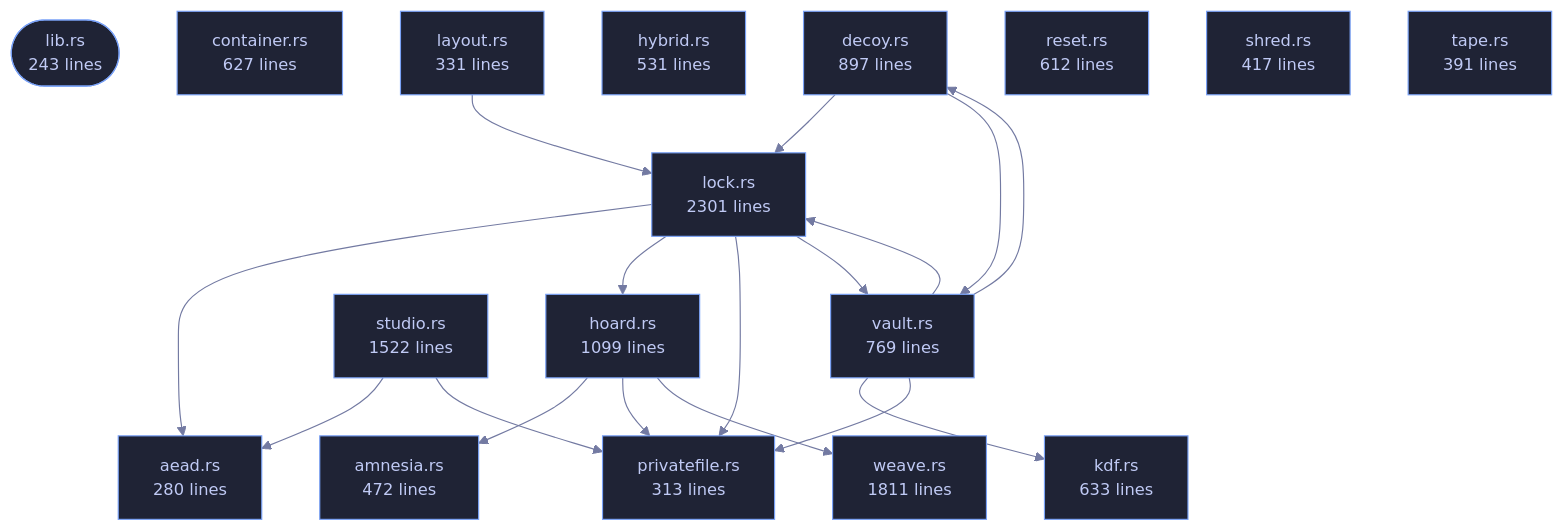
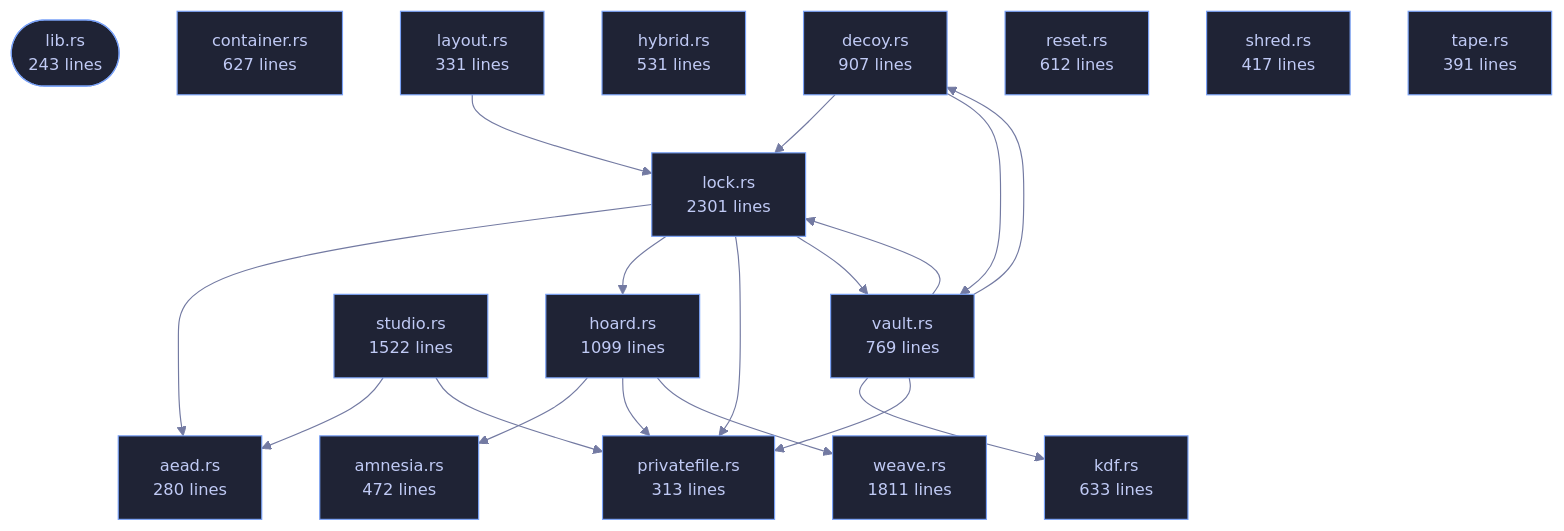
One commit to tilas01/veilvoice changed the diagram in crates/veilvoice-crypto/README.md. Above: the diagram before and after it, drawn with Mermaid. The commit also changed other lines of this file and 48 other files, not shown here.

````diff
--- a/crates/veilvoice-crypto/README.md
+++ b/crates/veilvoice-crypto/README.md
@@ -108,54 +108,54 @@
 ```mermaid
 %%{init: {"theme":"base","themeVariables":{"background":"#1a1b26","primaryColor":"#1f2335","primaryTextColor":"#c0caf5","primaryBorderColor":"#7aa2f7","secondaryColor":"#16161e","tertiaryColor":"#16161e","lineColor":"#737aa2","textColor":"#c0caf5","mainBkg":"#1f2335","nodeBorder":"#7aa2f7","clusterBkg":"#16161e","clusterBorder":"#2f3549","fontFamily":"ui-monospace, SFMono-Regular, Consolas, monospace","fontSize":"14px"}}}%%
 flowchart TD
     n_lib(["lib.rs<br/>243 lines"])
     n_aead["aead.rs<br/>280 lines"]
     n_amnesia["amnesia.rs<br/>472 lines"]
     n_container["container.rs<br/>627 lines"]
-    n_decoy["decoy.rs<br/>897 lines"]
+    n_decoy["decoy.rs<br/>907 lines"]
     n_hoard["hoard.rs<br/>1099 lines"]
     n_hybrid["hybrid.rs<br/>531 lines"]
     n_kdf["kdf.rs<br/>633 lines"]
     n_layout["layout.rs<br/>331 lines"]
     n_lock["lock.rs<br/>2301 lines"]
     n_privatefile["privatefile.rs<br/>313 lines"]
     n_reset["reset.rs<br/>612 lines"]
     n_shred["shred.rs<br/>417 lines"]
     n_studio["studio.rs<br/>1522 lines"]
     n_tape["tape.rs<br/>391 lines"]
     n_vault["vault.rs<br/>769 lines"]
     n_weave["weave.rs<br/>1811 lines"]
     n_decoy --> n_lock
     n_decoy --> n_vault
     n_hoard --> n_amnesia
     n_hoard --> n_privatefile
     n_hoard --> n_weave
     n_layout --> n_lock
     n_lock --> n_aead
     n_lock --> n_hoard
     n_lock --> n_privatefile
     n_lock --> n_vault
     n_studio --> n_aead
     n_studio --> n_privatefile
     n_vault --> n_decoy
     n_vault --> n_kdf
     n_vault --> n_lock
     n_vault --> n_privatefile
     click n_lib href "https://github.com/tilas01/veilvoice/blob/main/crates/veilvoice-crypto/src/lib.rs" "open the source"
     click n_aead href "https://github.com/tilas01/veilvoice/blob/main/crates/veilvoice-crypto/src/aead.rs" "open the source"
     click n_amnesia href "https://github.com/tilas01/veilvoice/blob/main/crates/veilvoice-crypto/src/amnesia.rs" "open the source"
     click n_container href "https://github.com/tilas01/veilvoice/blob/main/crates/veilvoice-crypto/src/container.rs" "open the source"
     click n_decoy href "https://github.com/tilas01/veilvoice/blob/main/crates/veilvoice-crypto/src/decoy.rs" "open the source"
     click n_hoard href "https://github.com/tilas01/veilvoice/blob/main/crates/veilvoice-crypto/src/hoard.rs" "open the source"
     click n_hybrid href "https://github.com/tilas01/veilvoice/blob/main/crates/veilvoice-crypto/src/hybrid.rs" "open the source"
     click n_kdf href "https://github.com/tilas01/veilvoice/blob/main/crates/veilvoice-crypto/src/kdf.rs" "open the source"
     click n_layout href "https://github.com/tilas01/veilvoice/blob/main/crates/veilvoice-crypto/src/layout.rs" "open the source"
     click n_lock href "https://github.com/tilas01/veilvoice/blob/main/crates/veilvoice-crypto/src/lock.rs" "open the source"
     click n_privatefile href "https://github.com/tilas01/veilvoice/blob/main/crates/veilvoice-crypto/src/privatefile.rs" "open the source"
     click n_reset href "https://github.com/tilas01/veilvoice/blob/main/crates/veilvoice-crypto/src/reset.rs" "open the source"
     click n_shred href "https://github.com/tilas01/veilvoice/blob/main/crates/veilvoice-crypto/src/shred.rs" "open the source"
     click n_studio href "https://github.com/tilas01/veilvoice/blob/main/crates/veilvoice-crypto/src/studio.rs" "open the source"
     click n_tape href "https://github.com/tilas01/veilvoice/blob/main/crates/veilvoice-crypto/src/tape.rs" "open the source"
     click n_vault href "https://github.com/tilas01/veilvoice/blob/main/crates/veilvoice-crypto/src/vault.rs" "open the source"
     click n_weave href "https://github.com/tilas01/veilvoice/blob/main/crates/veilvoice-crypto/src/weave.rs" "open the source"
 ```
````
